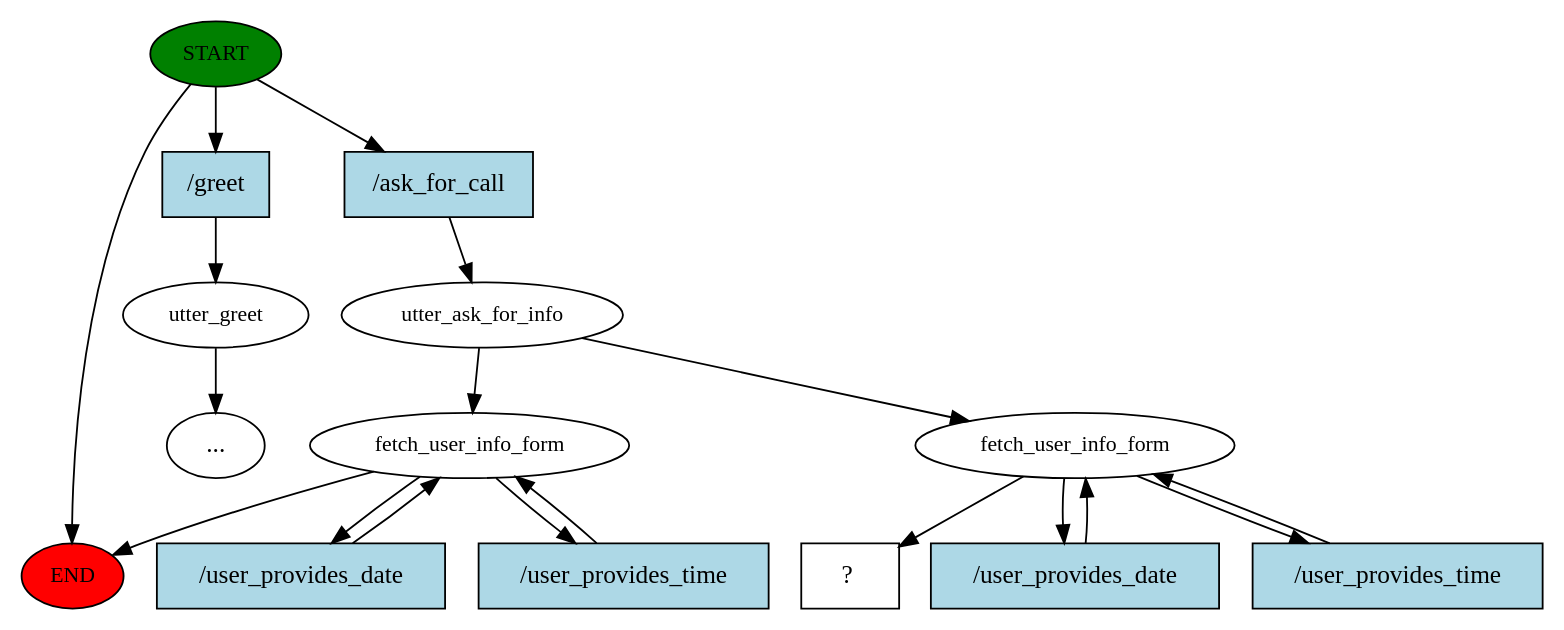
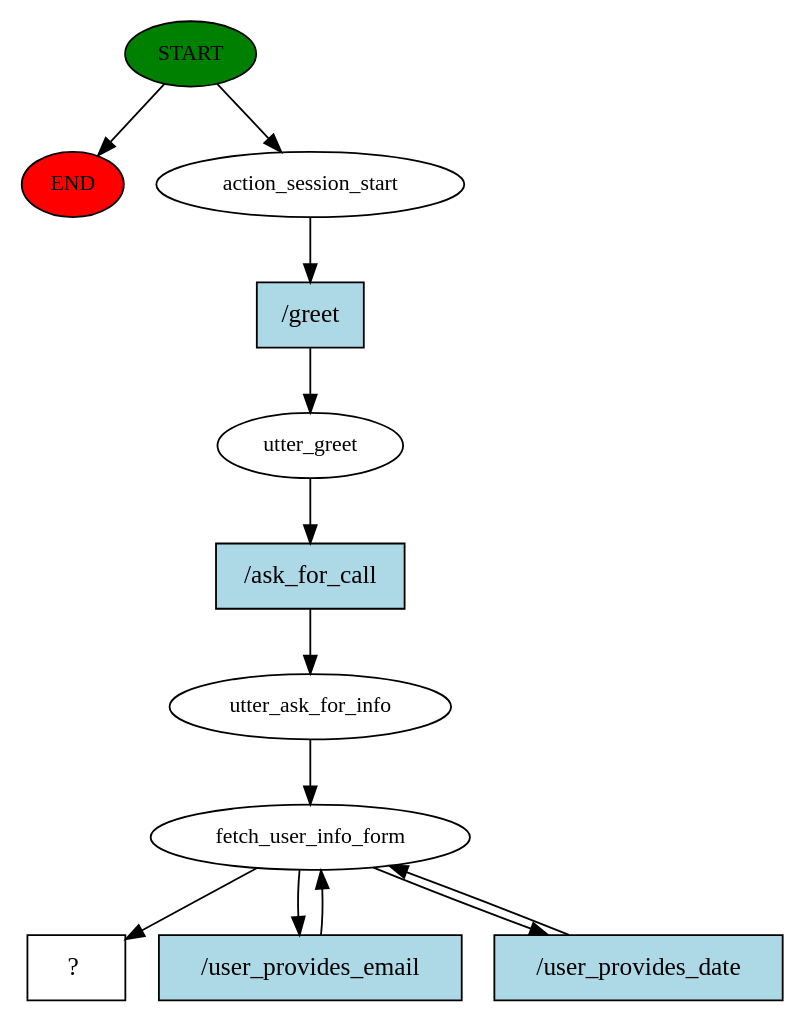
One commit to anshumankmr/rasa-chat-bot changed the diagram in story_graph.dot. Above: the diagram before and after it, drawn with Graphviz. The commit also changed 4 other files, not shown here.

```diff
--- a/story_graph.dot
+++ b/story_graph.dot
@@ -1,34 +1,25 @@
 digraph  {
 0 [class="start active", fillcolor=green, fontsize=12, label=START, style=filled];
 "-1" [class=end, fillcolor=red, fontsize=12, label=END, style=filled];
-1 [class="", fontsize=12, label=utter_greet];
-"-3" [class=ellipsis, label="..."];
-2 [class=active, fontsize=12, label=utter_ask_for_info];
-3 [class="", fontsize=12, label=fetch_user_info_form];
-7 [class=active, fontsize=12, label=fetch_user_info_form];
-10 [class="intent dashed active", label="  ?  ", shape=rect];
-11 [class=intent, fillcolor=lightblue, label="/greet", shape=rect, style=filled];
-12 [class="intent active", fillcolor=lightblue, label="/ask_for_call", shape=rect, style=filled];
-13 [class=intent, fillcolor=lightblue, label="/user_provides_date", shape=rect, style=filled];
-14 [class=intent, fillcolor=lightblue, label="/user_provides_time", shape=rect, style=filled];
-15 [class="intent active", fillcolor=lightblue, label="/user_provides_date", shape=rect, style=filled];
-16 [class="intent active", fillcolor=lightblue, label="/user_provides_time", shape=rect, style=filled];
+1 [class=active, fontsize=12, label=action_session_start];
+2 [class=active, fontsize=12, label=utter_greet];
+3 [class=active, fontsize=12, label=utter_ask_for_info];
+4 [class=active, fontsize=12, label=fetch_user_info_form];
+7 [class="intent dashed active", label="  ?  ", shape=rect];
+8 [class="intent active", fillcolor=lightblue, label="/greet", shape=rect, style=filled];
+9 [class="intent active", fillcolor=lightblue, label="/ask_for_call", shape=rect, style=filled];
+10 [class="intent active", fillcolor=lightblue, label="/user_provides_email", shape=rect, style=filled];
+11 [class="intent active", fillcolor=lightblue, label="/user_provides_date", shape=rect, style=filled];
 0 -> "-1"  [class="", key=NONE, label=""];
-0 -> 11  [class="", key=0];
-0 -> 12  [class=active, key=0];
-1 -> "-3"  [class="", key=NONE, label=""];
-2 -> 3  [class="", key=NONE, label=""];
-2 -> 7  [class=active, key=NONE, label=""];
-3 -> "-1"  [class="", key=NONE, label=""];
-3 -> 13  [class="", key=0];
-3 -> 14  [class="", key=0];
-7 -> 10  [class=active, key=NONE, label=""];
-7 -> 15  [class=active, key=0];
-7 -> 16  [class=active, key=0];
-11 -> 1  [class="", key=0];
-12 -> 2  [class=active, key=0];
-13 -> 3  [class="", key=0];
-14 -> 3  [class="", key=0];
-15 -> 7  [class=active, key=0];
-16 -> 7  [class=active, key=0];
+0 -> 1  [class=active, key=NONE, label=""];
+1 -> 8  [class=active, key=0];
+2 -> 9  [class=active, key=0];
+3 -> 4  [class=active, key=NONE, label=""];
+4 -> 7  [class=active, key=NONE, label=""];
+4 -> 10  [class=active, key=0];
+4 -> 11  [class=active, key=0];
+8 -> 2  [class=active, key=0];
+9 -> 3  [class=active, key=0];
+10 -> 4  [class=active, key=0];
+11 -> 4  [class=active, key=0];
 }
```
